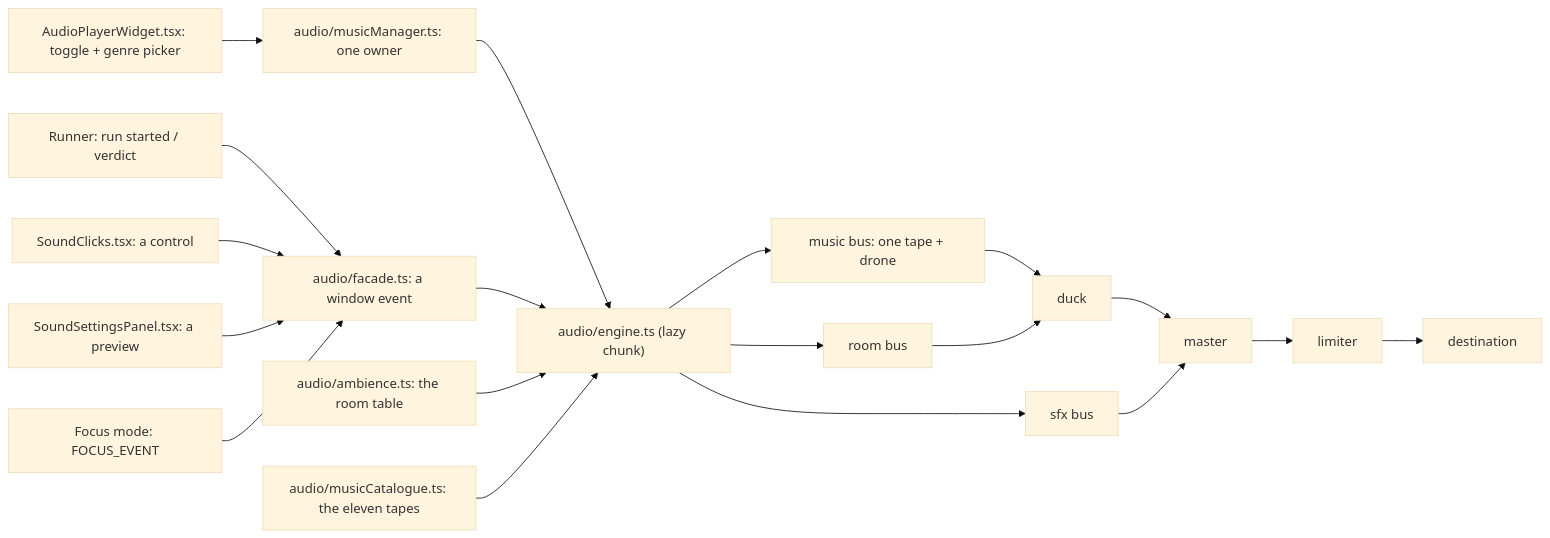
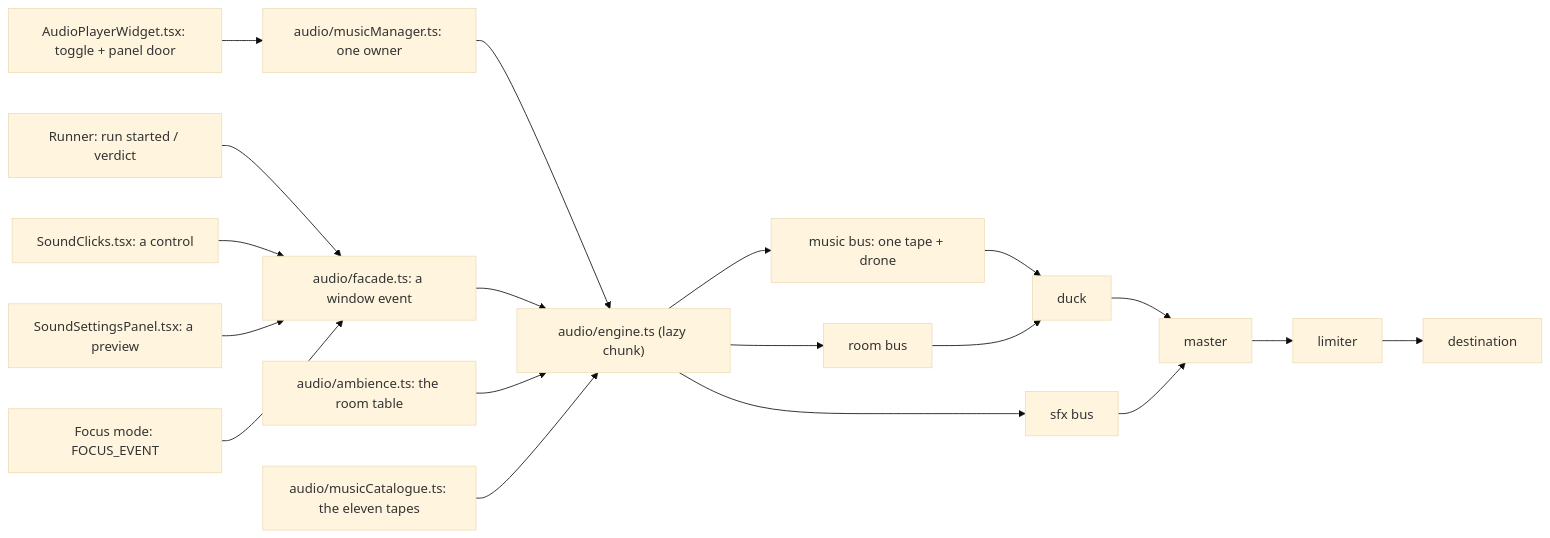
Before and after one commit to TLE47/Mechatronics-Roadmap: the diagram in docs/AUDIO.md, drawn with Mermaid (base theme). The commit also changed other lines of this file and 4 other files, not shown here.

First line of the commit message:
Keep the music genre picker in Sound settings only

````diff
--- a/docs/AUDIO.md
+++ b/docs/AUDIO.md
@@ -29,21 +29,21 @@
 ```mermaid
 flowchart LR
     R["Runner: run started / verdict"] --> B["audio/facade.ts: a window event"]
     C["SoundClicks.tsx: a control"] --> B
     P["SoundSettingsPanel.tsx: a preview"] --> B
-    W["AudioPlayerWidget.tsx: toggle + genre picker"] --> M0["audio/musicManager.ts: one owner"]
+    W["AudioPlayerWidget.tsx: toggle + panel door"] --> M0["audio/musicManager.ts: one owner"]
     M0 --> E
     F["Focus mode: FOCUS_EVENT"] --> B
     B --> E["audio/engine.ts (lazy chunk)"]
     A2["audio/ambience.ts: the room table"] --> E
     M2["audio/musicCatalogue.ts: the eleven tapes"] --> E
     E --> M["music bus: one tape + drone"]
     E --> S["sfx bus"]
     E --> RM["room bus"]
     M --> D["duck"]
     RM --> D
     D --> MA["master"]
     S --> MA
     MA --> L["limiter"]
     L --> O["destination"]
 ```
````
